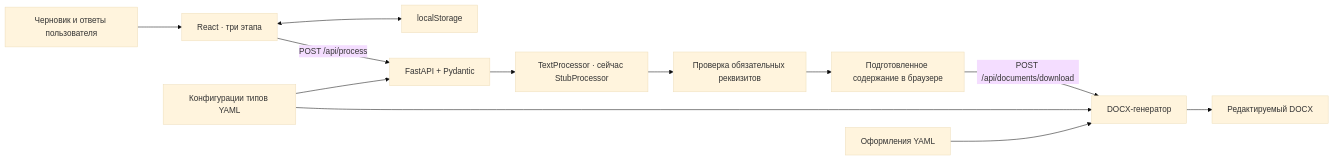
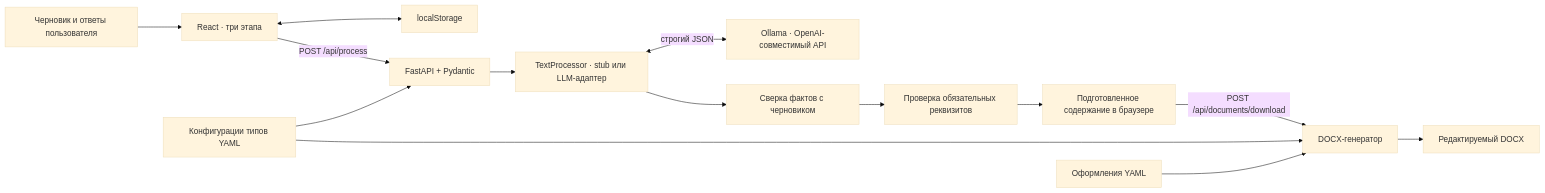
One commit to chebupeka/BRYANSK_BGITU_1 changed the diagram in docs/ARCHITECTURE.md. Above: the diagram before and after it, drawn with Mermaid (base theme). The commit also changed other lines of this file and 13 other files, not shown here.

First line of the commit message:
feat: process drafts with a local LLM behind TextProcessor

````diff
--- a/docs/ARCHITECTURE.md
+++ b/docs/ARCHITECTURE.md
@@ -5,14 +5,16 @@
 ```mermaid
 flowchart LR
   U[Черновик и ответы пользователя] --> UI[React · три этапа]
   UI <--> LS[localStorage]
   UI -->|POST /api/process| API[FastAPI + Pydantic]
   Y[Конфигурации типов YAML] --> API
-  API --> P[TextProcessor · сейчас StubProcessor]
-  P --> V[Проверка обязательных реквизитов]
+  API --> P[TextProcessor · stub или LLM-адаптер]
+  P <-->|строгий JSON| M[Ollama · OpenAI-совместимый API]
+  P --> F[Сверка фактов с черновиком]
+  F --> V[Проверка обязательных реквизитов]
   V --> R[Подготовленное содержание в браузере]
   R -->|POST /api/documents/download| G[DOCX-генератор]
   Y --> G
   T[Оформления YAML] --> G
   G --> D[Редактируемый DOCX]
 ```
````
